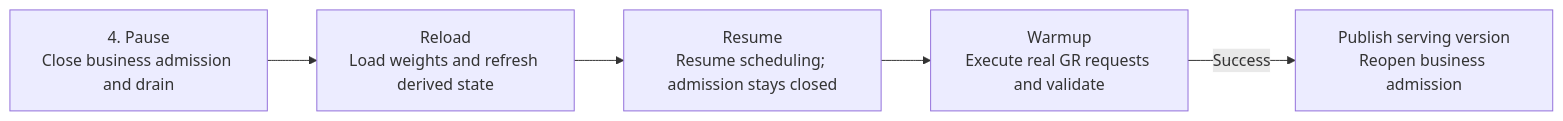
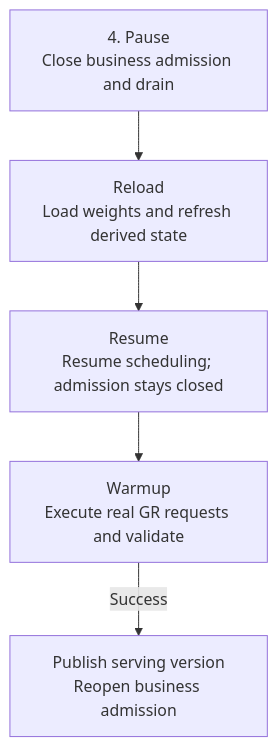
The second of 2 diagrams in docs/weight_update_sidecar_design.md (JerryTcl/vllm-gr), drawn with Mermaid before and after one commit. The commit also changed other lines of this file, not shown here.

Commit message:
docs: align weight update flow diagrams vertically

````diff
--- a/docs/weight_update_sidecar_design.md
+++ b/docs/weight_update_sidecar_design.md
@@ -62,7 +74,7 @@
 ```mermaid
-flowchart LR
+flowchart TD
     P["4. Pause<br/>Close business admission and drain"] --> L["Reload<br/>Load weights and refresh derived state"]
     L --> R["Resume<br/>Resume scheduling; admission stays closed"]
     R --> W["Warmup<br/>Execute real GR requests and validate"]
     W -->|Success| READY["Publish serving version<br/>Reopen business admission"]
 ```
````
